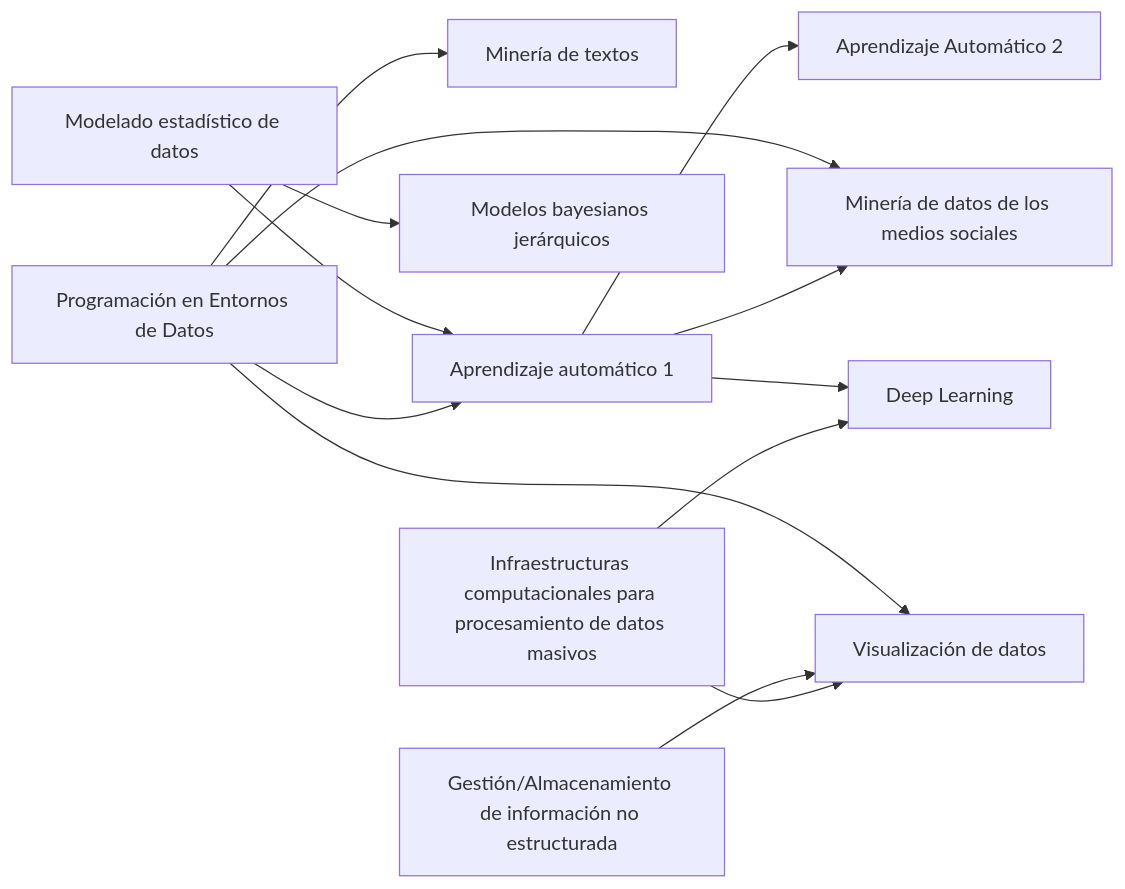
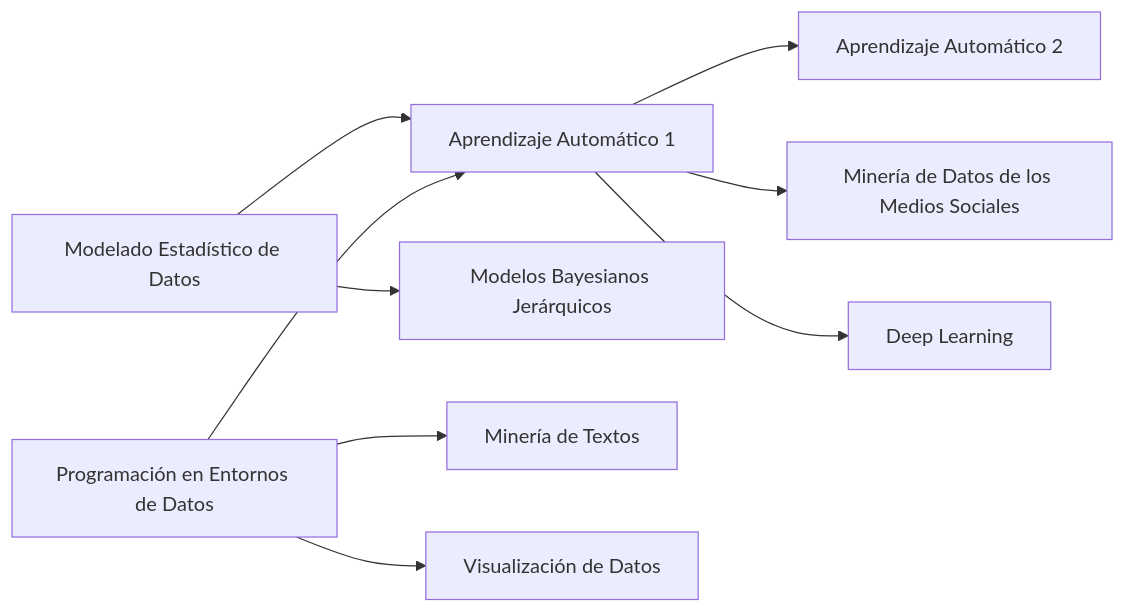
The diagram in master/README.md (pmgallardo/apuntes-muicd-uned), drawn with Mermaid before and after one commit. The commit also changed other lines of this file and 1 other file, not shown here.

Commit message:
Dependencias asignaturas

````diff
--- a/master/README.md
+++ b/master/README.md
@@ -47,15 +47,11 @@
 ```mermaid
 graph LR
-   MED[Modelado estadístico de datos] --> AAI[Aprendizaje automático 1]
-   MED --> MBJ[Modelos bayesianos jerárquicos]
-   PED[Programación en Entornos de Datos] --> 31110041[Minería de textos]
+   MED[Modelado Estadístico de Datos] --> AAI[Aprendizaje Automático 1]
+   MED --> MBJ[Modelos Bayesianos Jerárquicos]
+   PED[Programación en Entornos de Datos] --> MT[Minería de Textos]
    PED --> AAI
-   PED --> VD[Visualización de datos]
-   PED --> MDMS[Minería de datos de los medios sociales]
-   GAINE[Gestión/Almacenamiento de información no estructurada] --> VD
-   ICPDM[Infraestructuras computacionales para procesamiento de datos masivos] --> VD
+   PED --> VD[Visualización de Datos]
    AAI --> AAII[Aprendizaje Automático 2]
-   AAI --> MDMS
+   AAI --> MDMS[Minería de Datos de los Medios Sociales]
    AAI --> DL[Deep Learning]
-   ICPDM --> DL
 ```
````
